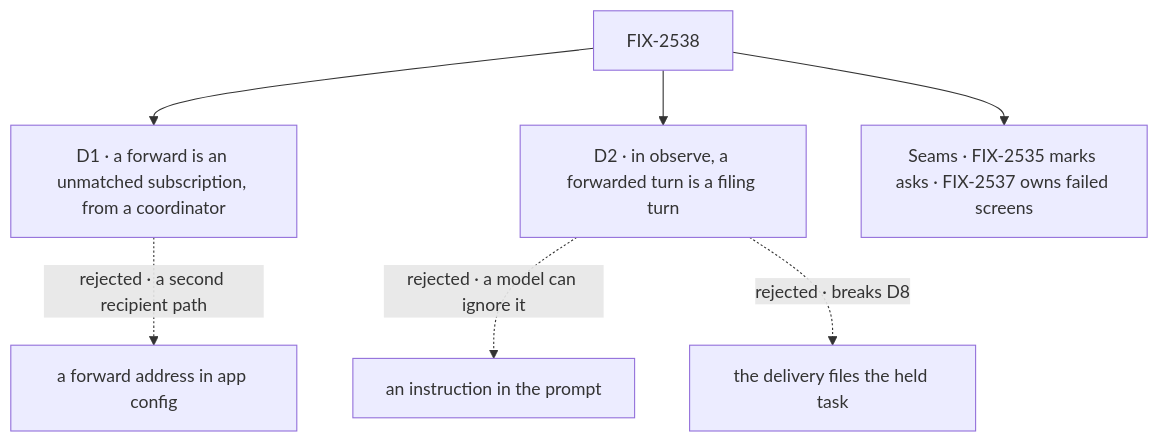
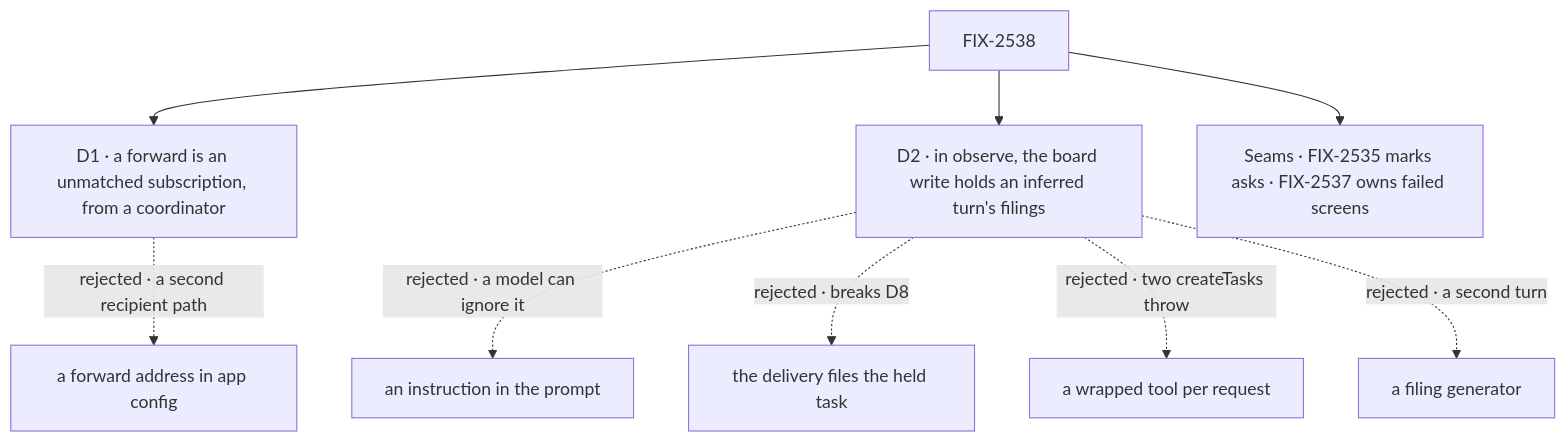
Before and after one commit to fixpoint-labs/flow-state-dev: the diagram in specs/issues/FIX-2538/DECISIONS.md, drawn with Mermaid. The commit also changed other lines of this file and 2 other files, not shown here.

First line of the commit message:
spec(FIX-2538): D2 holds on the board's write; one screen run; docs split

````diff
--- a/specs/issues/FIX-2538/DECISIONS.md
+++ b/specs/issues/FIX-2538/DECISIONS.md
@@ -9,9 +9,11 @@
 ```mermaid
 flowchart TD
   I["FIX-2538"] --> D1["D1 · a forward is an unmatched subscription, from a coordinator"]
   D1 -.->|"rejected · a second recipient path"| X1["a forward address in app config"]
-  I --> D2["D2 · in observe, a forwarded turn is a filing turn"]
+  I --> D2["D2 · in observe, the board write holds an inferred turn's filings"]
   D2 -.->|"rejected · a model can ignore it"| X2["an instruction in the prompt"]
   D2 -.->|"rejected · breaks D8"| X3["the delivery files the held task"]
+  D2 -.->|"rejected · two createTasks throw"| X4["a wrapped tool per request"]
+  D2 -.->|"rejected · a second turn"| X5["a filing generator"]
   I --> S["Seams · FIX-2535 marks asks · FIX-2537 owns failed screens"]
 ```
````
